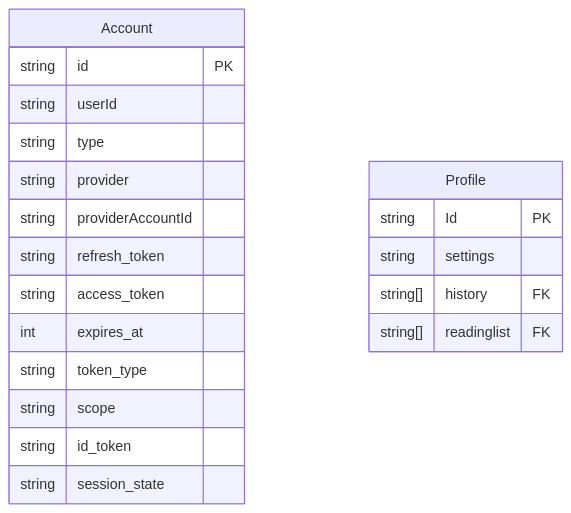
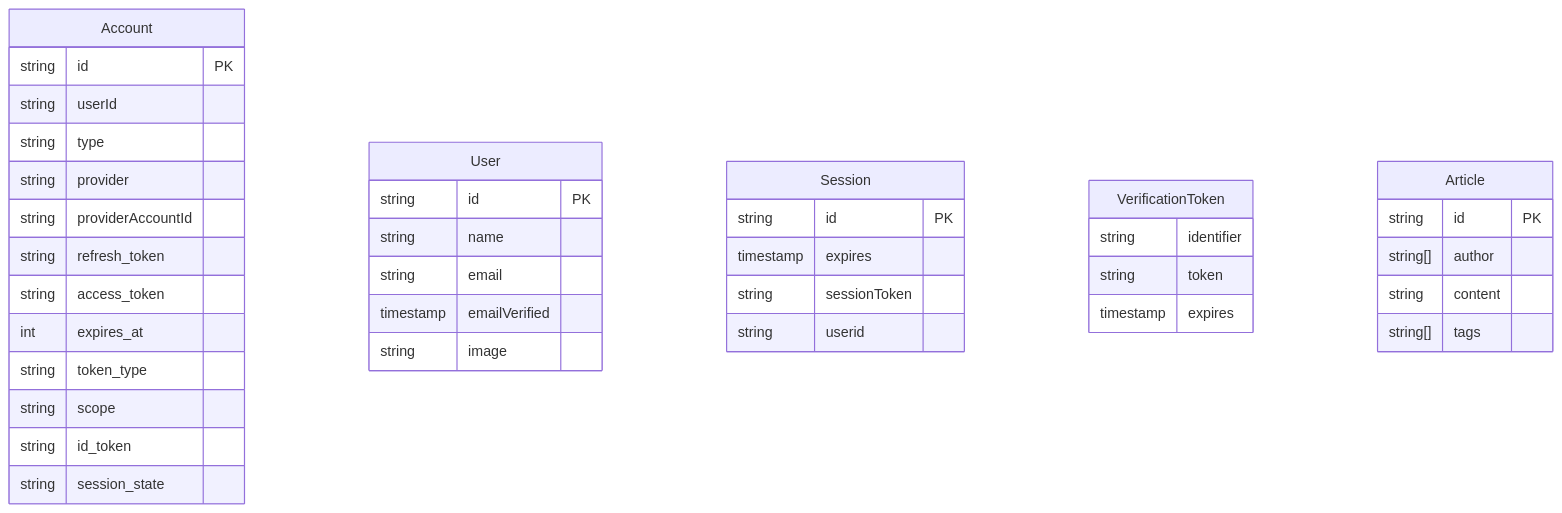
The fourth of 5 diagrams in Capstone/Diagrams.md (4ry1337/my-obsidian), drawn with Mermaid before and after one commit.

Commit message:
vault backup: 2024-01-16 19:53:12

````diff
--- a/Capstone/Diagrams.md
+++ b/Capstone/Diagrams.md
@@ -91,23 +91,41 @@
 ```mermaid
 erDiagram
-	Account {
-		string id PK  
-		string userId  
-		string type
-		string provider  
-		string providerAccountId  
-		string refresh_token  
-		string access_token  
-		int expires_at  
-		string token_type  
-		string scope  
-		string id_token  
-		string session_state
-	}
-	Profile {
-		string Id PK
-		string settings
-		string[] history FK
-		string[] readinglist FK
-	}
+Account {
+	string id PK  
+	string userId  
+	string type
+	string provider  
+	string providerAccountId  
+	string refresh_token  
+	string access_token  
+	int expires_at  
+	string token_type  
+	string scope  
+	string id_token  
+	string session_state
+}
+User {
+	string id PK
+	string name
+	string email
+	timestamp emailVerified
+	string image
+}
+Session {
+	string id PK
+	timestamp expires
+	string sessionToken
+	string userid
+}
+VerificationToken {
+	string identifier
+	string token
+	timestamp expires
+}
+Article {
+	string id PK
+	string[] author
+	string content
+	string[] tags
+}
 ```
````
